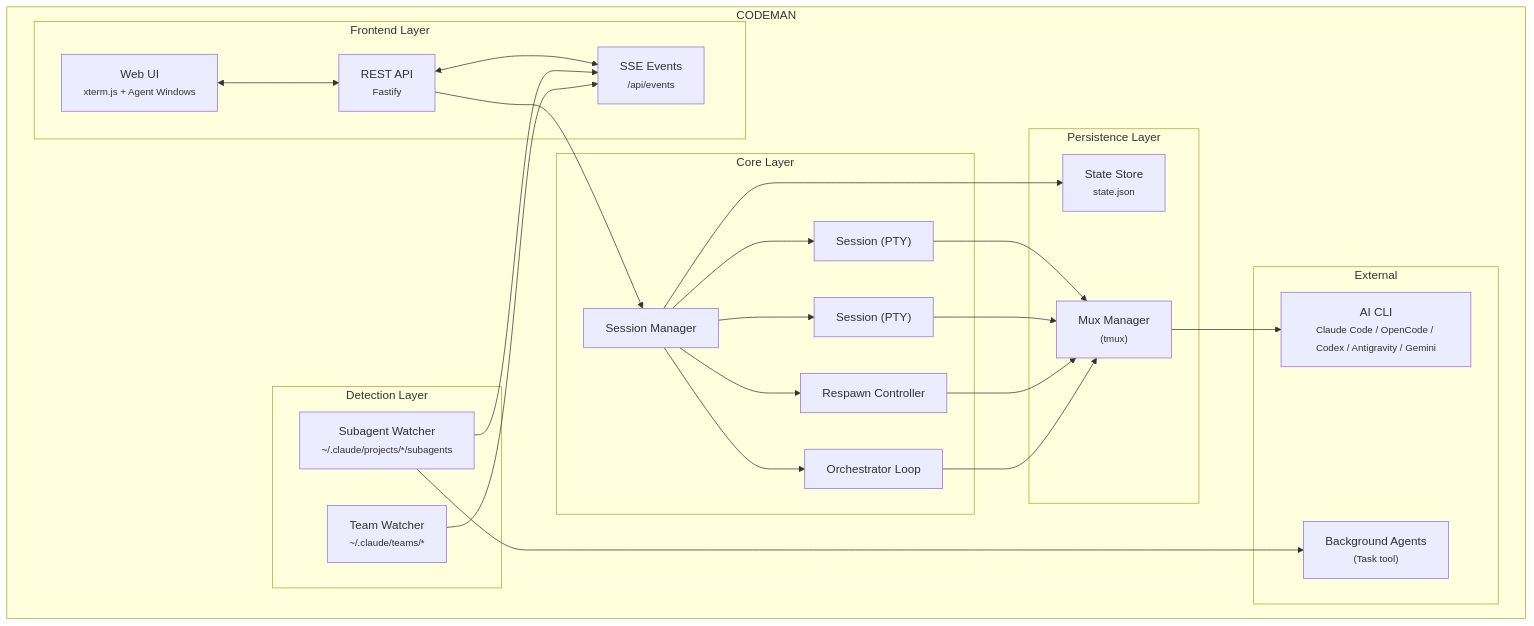
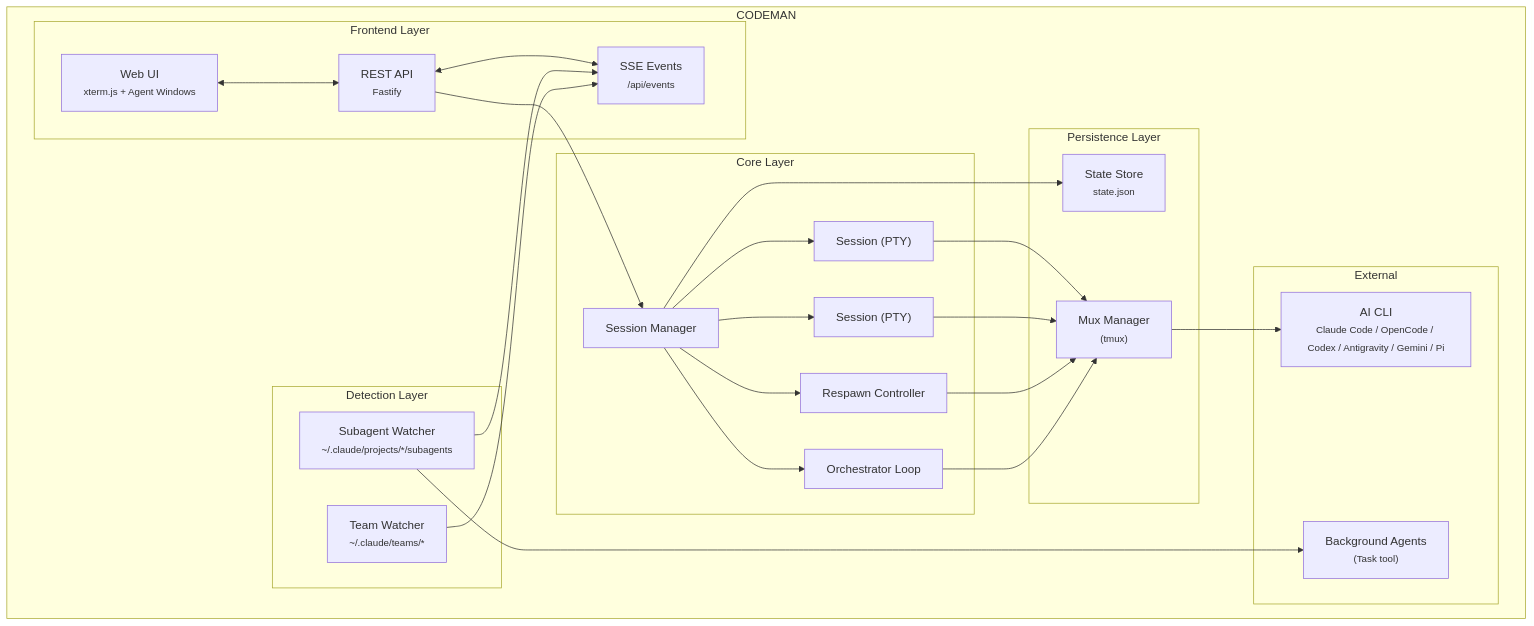
Before and after one commit to Ark0N/Claudeman: the diagram in README.md, drawn with Mermaid. The commit also changed other lines of this file and 44 other files, not shown here.

````diff
--- a/README.md
+++ b/README.md
@@ -971,50 +971,50 @@
 ```mermaid
 flowchart TB
     subgraph Codeman["CODEMAN"]
         subgraph Frontend["Frontend Layer"]
             UI["Web UI<br/><small>xterm.js + Agent Windows</small>"]
             API["REST API<br/><small>Fastify</small>"]
             SSE["SSE Events<br/><small>/api/events</small>"]
         end
 
         subgraph Core["Core Layer"]
             SM["Session Manager"]
             S1["Session (PTY)"]
             S2["Session (PTY)"]
             RC["Respawn Controller"]
             ORC["Orchestrator Loop"]
         end
 
         subgraph Detection["Detection Layer"]
             SW["Subagent Watcher<br/><small>~/.claude/projects/*/subagents</small>"]
             TW["Team Watcher<br/><small>~/.claude/teams/*</small>"]
         end
 
         subgraph Persistence["Persistence Layer"]
             SCR["Mux Manager<br/><small>(tmux)</small>"]
             SS["State Store<br/><small>state.json</small>"]
         end
 
         subgraph External["External"]
-            CLI["AI CLI<br/><small>Claude Code / OpenCode / Codex / Antigravity / Gemini</small>"]
+            CLI["AI CLI<br/><small>Claude Code / OpenCode / Codex / Antigravity / Gemini / Pi</small>"]
             BG["Background Agents<br/><small>(Task tool)</small>"]
         end
     end
 
     UI <--> API
     API <--> SSE
     API --> SM
     SM --> S1
     SM --> S2
     SM --> RC
     SM --> ORC
     SM --> SS
     S1 --> SCR
     S2 --> SCR
     RC --> SCR
     ORC --> SCR
     SCR --> CLI
     SW --> BG
     SW --> SSE
     TW --> SSE
 ```
````
